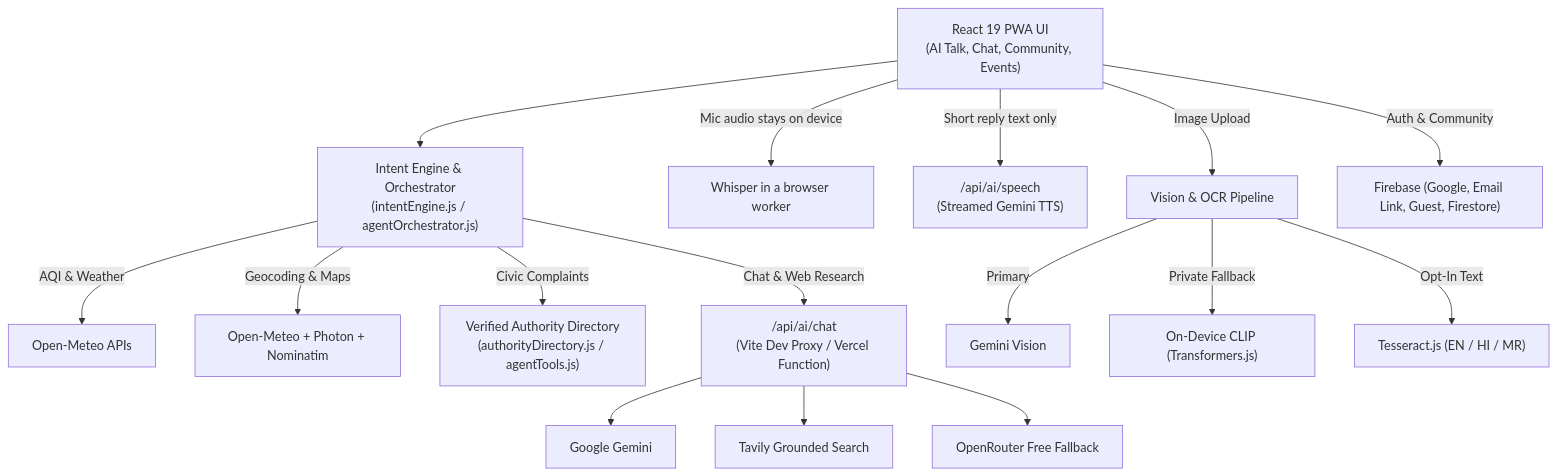
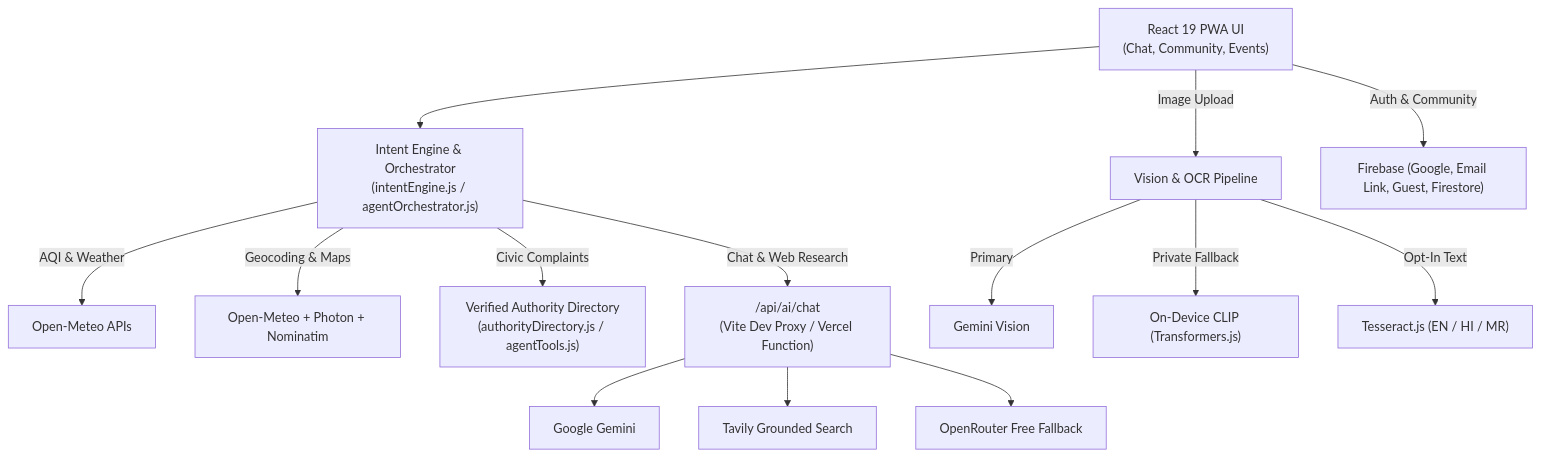
The diagram in README.md (surajns0033-collab/ecopulse-ai), drawn with Mermaid before and after one commit. The commit also changed other lines of this file and 43 other files, not shown here.

Commit message:
Remove AI Talk and retain the core EcoPulse flows

````diff
--- a/README.md
+++ b/README.md
@@ -86,22 +85,20 @@
 ```mermaid
 flowchart TB
-    UI["React 19 PWA UI<br/>(AI Talk, Chat, Community, Events)"] --> IE["Intent Engine & Orchestrator<br/>(intentEngine.js / agentOrchestrator.js)"]
+    UI["React 19 PWA UI<br/>(Chat, Community, Events)"] --> IE["Intent Engine & Orchestrator<br/>(intentEngine.js / agentOrchestrator.js)"]
 
     IE -->|"AQI & Weather"| OM["Open-Meteo APIs"]
     IE -->|"Geocoding & Maps"| GEO["Open-Meteo + Photon + Nominatim"]
     IE -->|"Civic Complaints"| DIR["Verified Authority Directory<br/>(authorityDirectory.js / agentTools.js)"]
     IE -->|"Chat & Web Research"| PROXY["/api/ai/chat<br/>(Vite Dev Proxy / Vercel Function)"]
 
     PROXY --> GEM["Google Gemini"]
     PROXY --> TAV["Tavily Grounded Search"]
     PROXY --> OR["OpenRouter Free Fallback"]
-    UI -->|"Mic audio stays on device"| ASR["Whisper in a browser worker"]
-    UI -->|"Short reply text only"| SPEECH["/api/ai/speech<br/>(Streamed Gemini TTS)"]
 
     UI -->|"Image Upload"| VIS["Vision & OCR Pipeline"]
     VIS -->|"Primary"| GEMV["Gemini Vision"]
     VIS -->|"Private Fallback"| CLIP["On-Device CLIP (Transformers.js)"]
     VIS -->|"Opt-In Text"| OCR["Tesseract.js (EN / HI / MR)"]
 
     UI -->|"Auth & Community"| FB["Firebase (Google, Email Link, Guest, Firestore)"]
 ```
````
